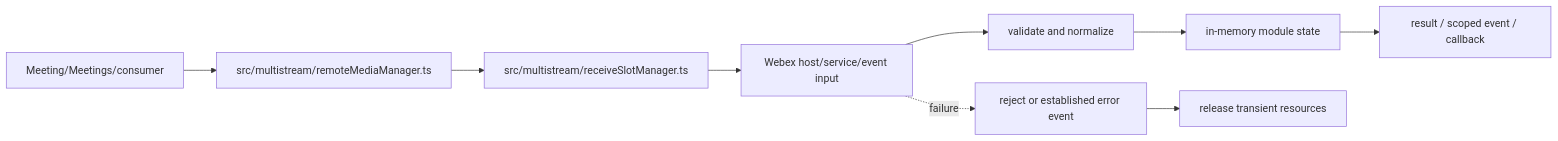
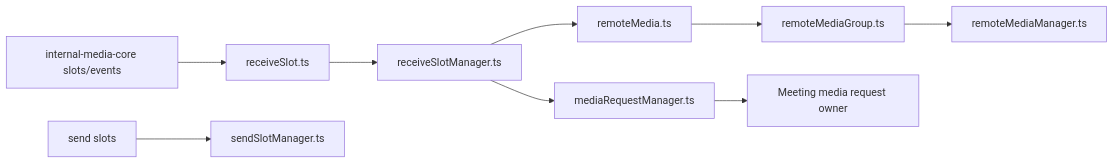
Before and after one commit to webex/webex-js-sdk: the first of 5 diagrams in packages/@webex/plugin-meetings/src/multistream/ai-docs/multistream-spec.md, drawn with Mermaid. The commit also changed other lines of this file and 26 other files, not shown here.

````diff
--- a/packages/@webex/plugin-meetings/src/multistream/ai-docs/multistream-spec.md
+++ b/packages/@webex/plugin-meetings/src/multistream/ai-docs/multistream-spec.md
@@ -100,11 +109,11 @@
 ```mermaid
 flowchart LR
-  Caller[Meeting/Meetings/consumer] --> Entry[src/multistream/remoteMediaManager.ts]
-  Entry --> Support[src/multistream/receiveSlotManager.ts]
-  Support --> Remote[Webex host/service/event input]
-  Remote --> Normalize[validate and normalize]
-  Normalize --> State[in-memory module state]
-  State --> Output[result / scoped event / callback]
-  Remote -. failure .-> Error[reject or established error event]
-  Error --> Cleanup[release transient resources]
+  MediaCore[internal-media-core slots/events] --> Slot[receiveSlot.ts]
+  Slot --> SlotManager[receiveSlotManager.ts]
+  SlotManager --> Remote[remoteMedia.ts]
+  Remote --> Group[remoteMediaGroup.ts]
+  Group --> RemoteManager[remoteMediaManager.ts]
+  SlotManager --> RequestManager[mediaRequestManager.ts]
+  SendCore[send slots] --> SendManager[sendSlotManager.ts]
+  RequestManager --> Meeting[Meeting media request owner]
 ```
````
